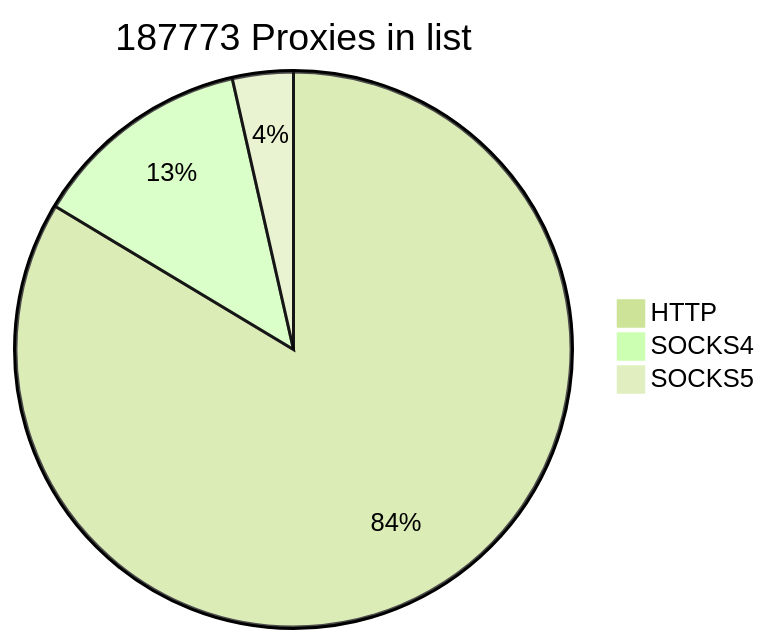
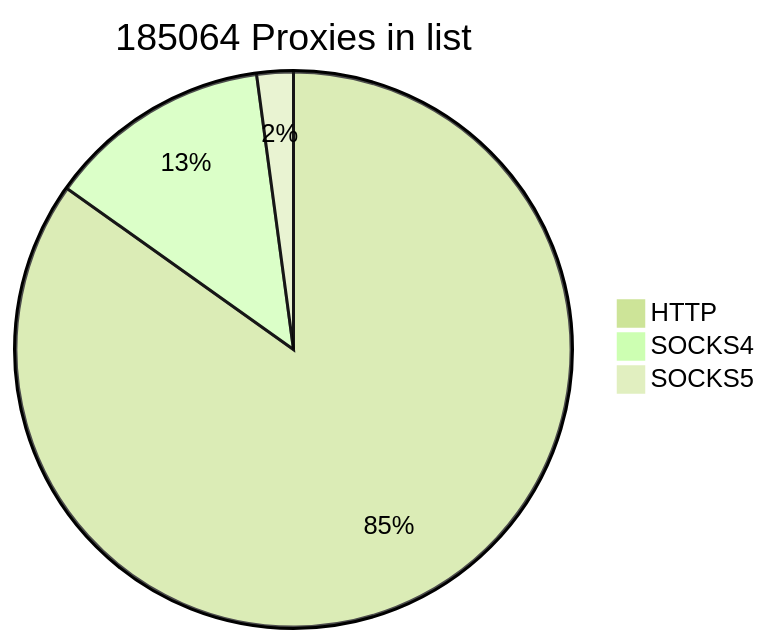
One commit to cutipu/proxylist changed the first of 2 diagrams in README.md. Above: the diagram before and after it, drawn with Mermaid (forest theme). The commit also changed other lines of this file, not shown here.

````diff
--- a/README.md
+++ b/README.md
@@ -2,7 +2,7 @@
 ```mermaid
-pie title 187773 Proxies in list
-    "HTTP" : 157004
-    "SOCKS4" : 24125
-    "SOCKS5" : 6644
+pie title 185064 Proxies in list
+    "HTTP" : 157006
+    "SOCKS4" : 24126
+    "SOCKS5" : 3932
             
 ```
````
